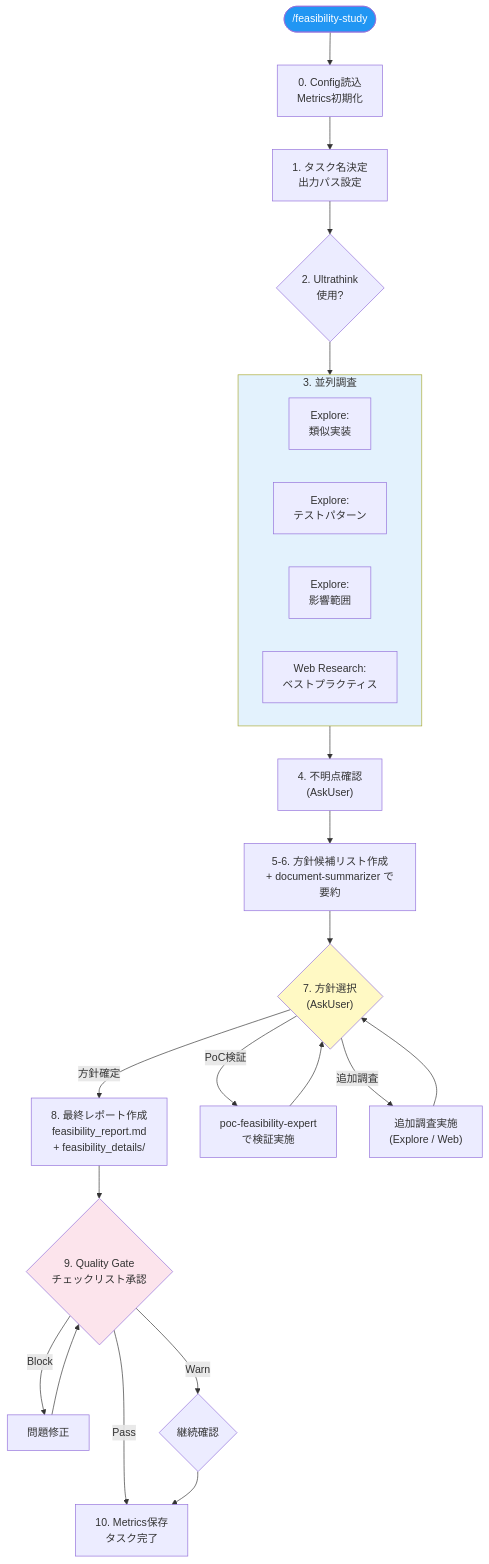
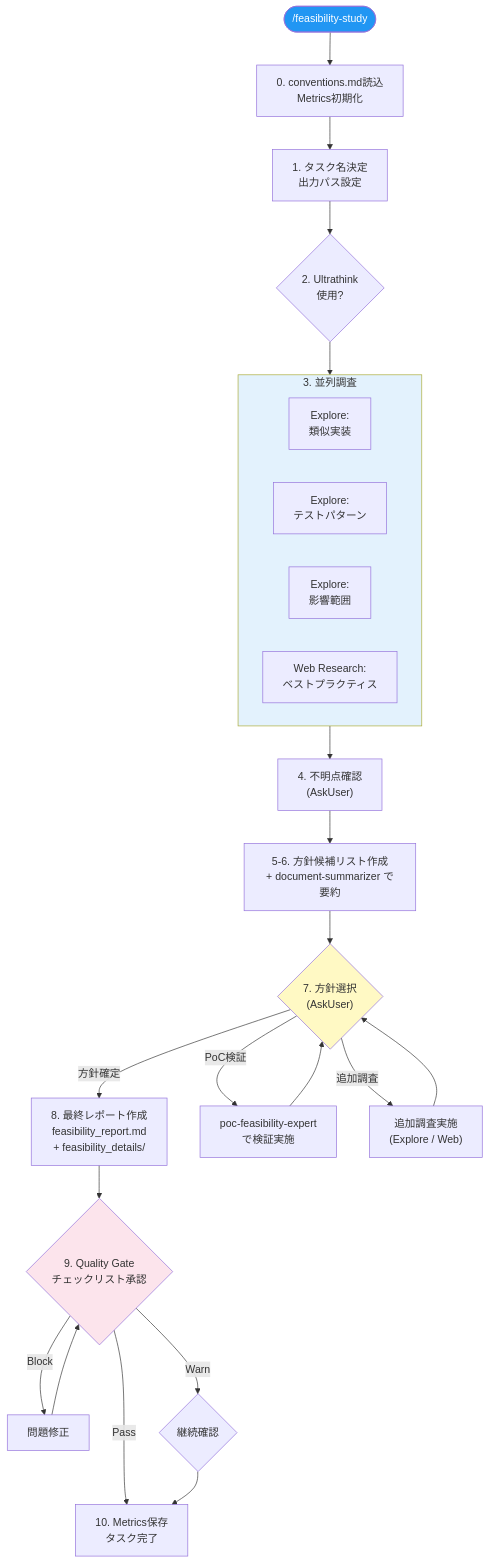
One commit to arudita-zzz/app-dev-prompt-suite changed the second of 5 diagrams in plugins/app-dev-suite/doc/workflow-diagrams.md. Above: the diagram before and after it, drawn with Mermaid. The commit also changed other lines of this file and 23 other files, not shown here.

````diff
--- a/plugins/app-dev-suite/doc/workflow-diagrams.md
+++ b/plugins/app-dev-suite/doc/workflow-diagrams.md
@@ -42,36 +42,36 @@
 ```mermaid
 flowchart TD
-    Start(["/feasibility-study"]) --> Init["0. Config読込\nMetrics初期化"]
+    Start(["/feasibility-study"]) --> Init["0. conventions.md読込\nMetrics初期化"]
     Init --> TaskName["1. タスク名決定\n出力パス設定"]
     TaskName --> Ultra{"2. Ultrathink\n使用?"}
     Ultra --> Investigate
 
     subgraph Investigate["3. 並列調査"]
         direction LR
         E1["Explore:\n類似実装"]
         E2["Explore:\nテストパターン"]
         E3["Explore:\n影響範囲"]
         W1["Web Research:\nベストプラクティス"]
     end
 
     Investigate --> Clarify["4. 不明点確認\n(AskUser)"]
     Clarify --> Candidates["5-6. 方針候補リスト作成\n+ document-summarizer で要約"]
 
     Candidates --> Select{"7. 方針選択\n(AskUser)"}
     Select -- "方針確定" --> Report
     Select -- "PoC検証" --> PoC["poc-feasibility-expert\nで検証実施"]
     Select -- "追加調査" --> AddResearch["追加調査実施\n(Explore / Web)"]
     PoC --> Select
     AddResearch --> Select
 
     Report["8. 最終レポート作成\nfeasibility_report.md\n+ feasibility_details/"]
     Report --> QG{"9. Quality Gate\nチェックリスト承認"}
     QG -- "Pass" --> Complete["10. Metrics保存\nタスク完了"]
     QG -- "Block" --> Fix["問題修正"] --> QG
     QG -- "Warn" --> Confirm{"継続確認"} --> Complete
 
     style Start fill:#2196F3,color:#fff
     style Investigate fill:#e3f2fd
     style Select fill:#fff9c4
     style QG fill:#fce4ec
 ```
````
